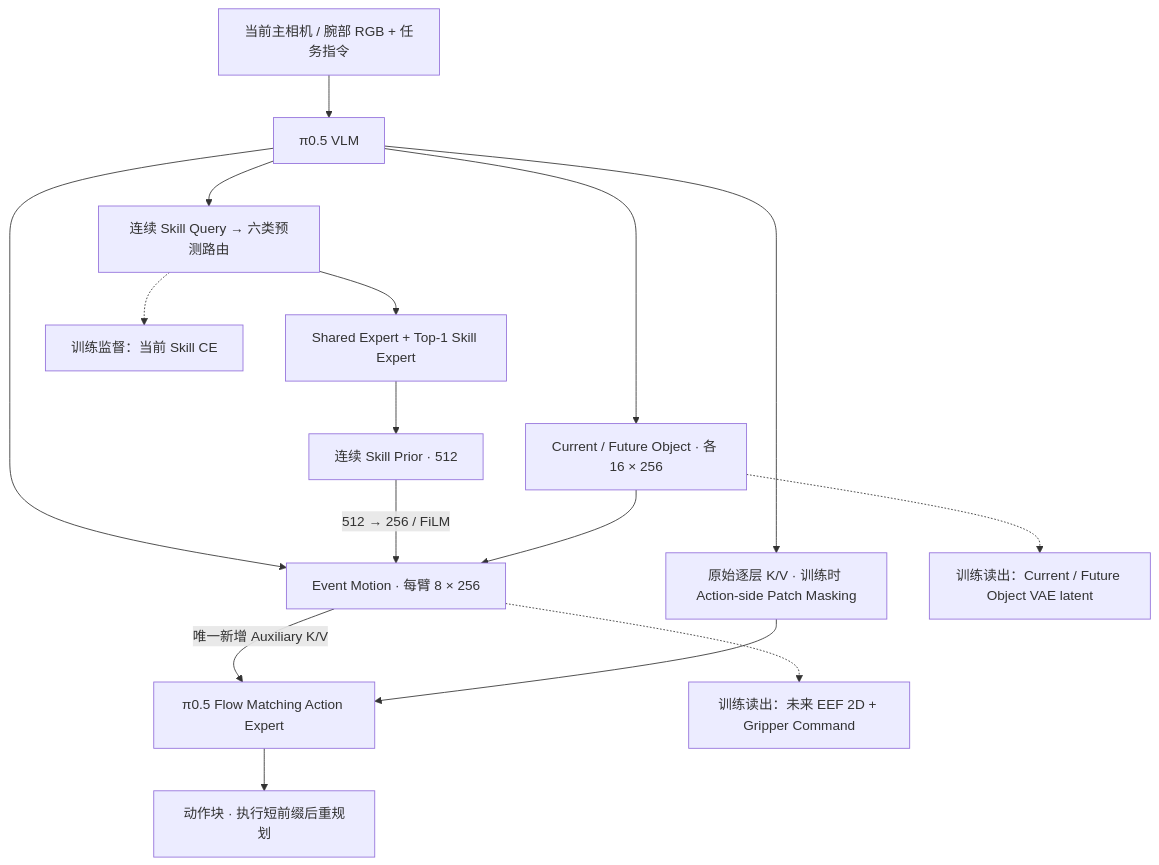
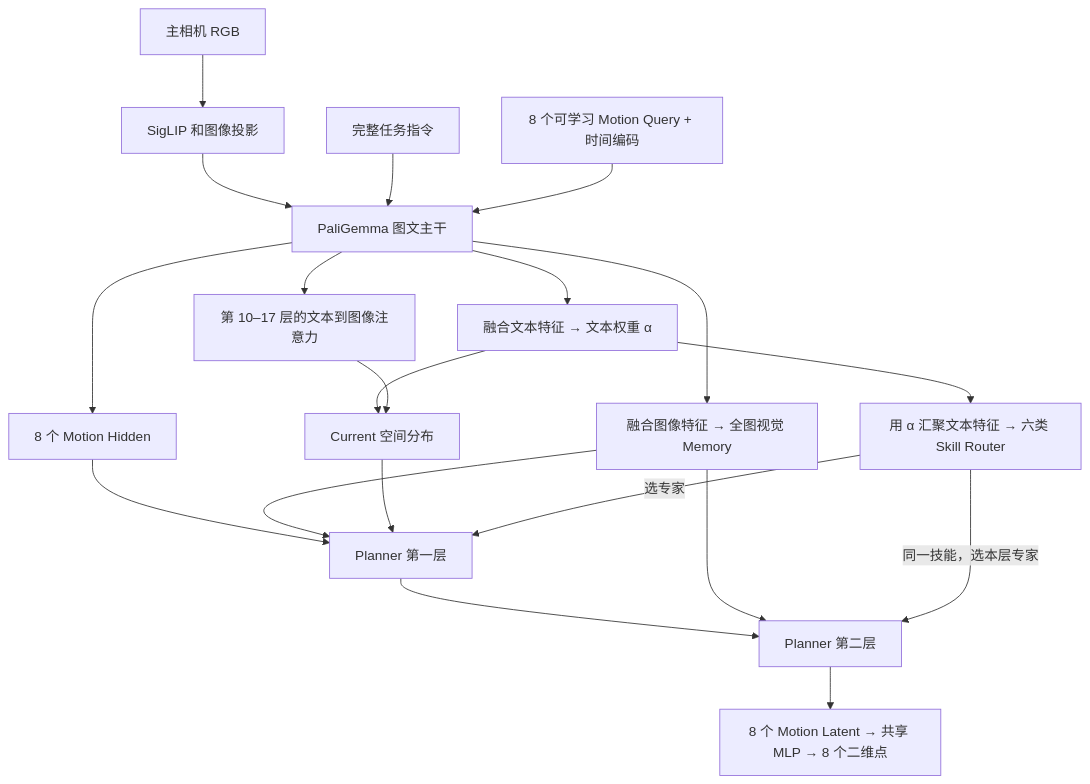
One commit to lyk-nju/ESkill-VLA changed the diagram in docs/design.md. Above: the diagram before and after it, drawn with Mermaid. The commit also changed other lines of this file and 17 other files, not shown here.

Commit message:
Document the event-routed Motion Planner architecture and training paths

````diff
--- a/docs/design.md
+++ b/docs/design.md
@@ -68,18 +9,22 @@
-~~~mermaid
+```mermaid
 flowchart TD
-    O["当前主相机 / 腕部 RGB + 任务指令"] --> V["π0.5 VLM"]
-    V --> S["连续 Skill Query → 六类预测路由"]
-    S --> E["Shared Expert + Top-1 Skill Expert"]
-    E --> P["连续 Skill Prior · 512"]
-    V --> G["Current / Future Object · 各 16 × 256"]
-    V --> M["Event Motion · 每臂 8 × 256"]
-    P -->|"512 → 256 / FiLM"| M
-    G --> M
-    M -->|"唯一新增 Auxiliary K/V"| A["π0.5 Flow Matching Action Expert"]
-    V --> K["原始逐层 K/V · 训练时 Action-side Patch Masking"]
-    K --> A
-    A --> U["动作块 · 执行短前缀后重规划"]
-    M -.-> X["训练读出：未来 EEF 2D + Gripper Command"]
-    G -.-> Y["训练读出：Current / Future Object VAE latent"]
-    S -.-> C["训练监督：当前 Skill CE"]
-~~~
+    I["主相机 RGB"] --> V["SigLIP 和图像投影"]
+    V --> L["PaliGemma 图文主干"]
+    T["完整任务指令"] --> L
+    Q["8 个可学习 Motion Query + 时间编码"] --> L
+    L --> A["融合文本特征 → 文本权重 α"]
+    L --> ATT["第 10–17 层的文本到图像注意力"]
+    A --> C["Current 空间分布"]
+    ATT --> C
+    A --> K["用 α 汇聚文本特征 → 六类 Skill Router"]
+    L --> M["融合图像特征 → 全图视觉 Memory"]
+    L --> H["8 个 Motion Hidden"]
+    H --> P1["Planner 第一层"]
+    M --> P1
+    C --> P1
+    K -->|"选专家"| P1
+    P1 --> P2["Planner 第二层"]
+    M --> P2
+    K -->|"同一技能，选本层专家"| P2
+    P2 --> O["8 个 Motion Latent → 共享 MLP → 8 个二维点"]
+```
````
